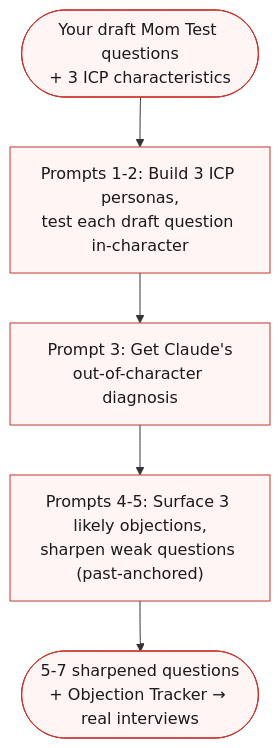
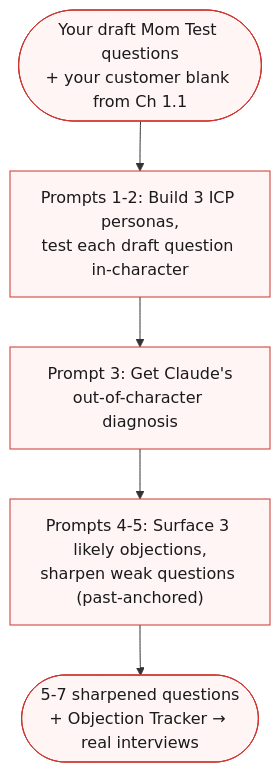
One commit to jetthoughts/jetthoughts.github.io changed the diagram in content/course/tech-for-non-technical-founders-2026/ai-persona-pre-validation-mom-test-prep/index.md. Above: the diagram before and after it, drawn with Mermaid. The commit also changed other lines of this file and 17 other files, not shown here.

First line of the commit message:
fix(course): resolve all 65 fan-out findings (40.14) + compress interview-flow diagram

````diff
--- a/content/course/tech-for-non-technical-founders-2026/ai-persona-pre-validation-mom-test-prep/index.md
+++ b/content/course/tech-for-non-technical-founders-2026/ai-persona-pre-validation-mom-test-prep/index.md
@@ -65,14 +65,14 @@
 ```mermaid
 %%{init: {'theme':'base', 'themeVariables': {'fontFamily':'Caveat, Patrick Hand, cursive', 'primaryColor':'#fff5f5', 'primaryBorderColor':'#cc342d', 'lineColor':'#333', 'primaryTextColor':'#1a1a1a'}}}%%
 flowchart TD
-    Start(["Your draft Mom Test questions<br/>+ 3 ICP characteristics"])
+    Start(["Your draft Mom Test questions<br/>+ your customer blank from Ch 1.1"])
     P1["Prompts 1-2: Build 3 ICP personas,<br/>test each draft question in-character"]
     P2["Prompt 3: Get Claude's<br/>out-of-character diagnosis"]
     P3["Prompts 4-5: Surface 3 likely objections,<br/>sharpen weak questions (past-anchored)"]
     Done(["5-7 sharpened questions<br/>+ Objection Tracker → real interviews"])
 
     Start --> P1
     P1 --> P2
     P2 --> P3
     P3 --> Done
 ```
````
